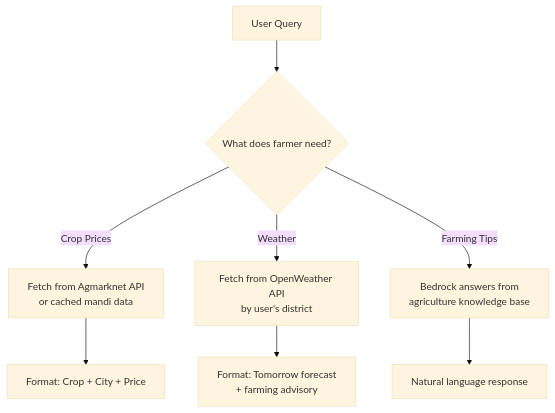
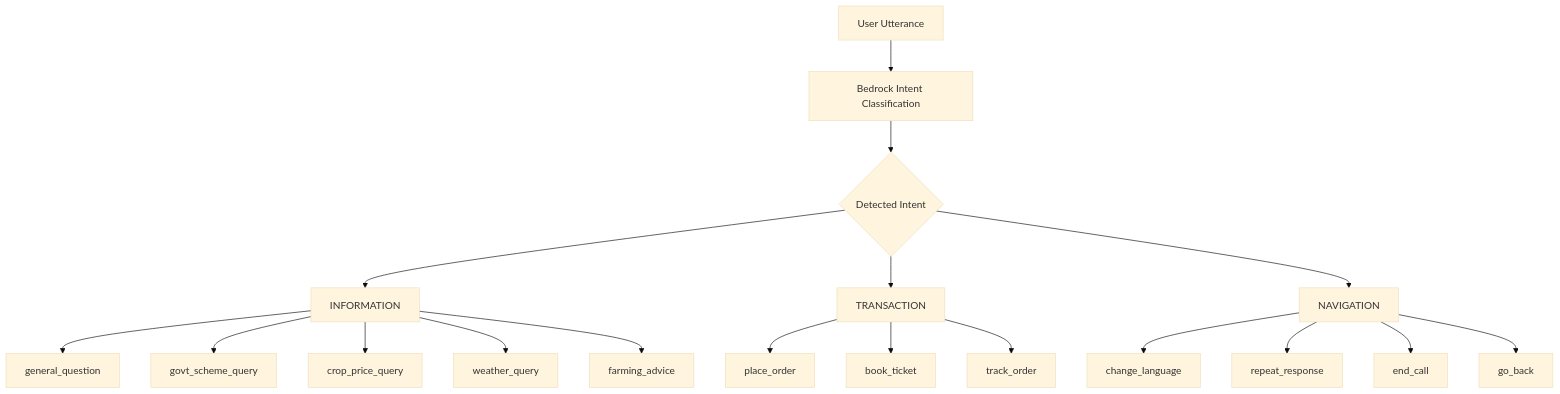
One commit to piyush-lingwal/BharatVani changed the fifth of 10 diagrams in README.md. Above: the diagram before and after it, drawn with Mermaid (base theme). The commit also changed other lines of this file, not shown here.

````diff
--- a/README.md
+++ b/README.md
@@ -266,10 +229,23 @@
 ```mermaid
 graph TD
-    A["User Query"] --> B{"What does farmer need?"}
-    B -->|"Crop Prices"| C["Fetch from Agmarknet API<br/>or cached mandi data"]
-    B -->|"Weather"| D["Fetch from OpenWeather API<br/>by user's district"]
-    B -->|"Farming Tips"| E["Bedrock answers from<br/>agriculture knowledge base"]
-    C --> F["Format: Crop + City + Price"]
-    D --> G["Format: Tomorrow forecast<br/>+ farming advisory"]
-    E --> H["Natural language response"]
+    A["User Utterance"] --> B["Bedrock Intent Classification"]
+    B --> C{"Detected Intent"}
+    C --> D["INFORMATION"]
+    C --> E["TRANSACTION"]
+    C --> F["NAVIGATION"]
+    
+    D --> D1["general_question"]
+    D --> D2["govt_scheme_query"]
+    D --> D3["crop_price_query"]
+    D --> D4["weather_query"]
+    D --> D5["farming_advice"]
+    
+    E --> E1["place_order"]
+    E --> E2["book_ticket"]
+    E --> E3["track_order"]
+    
+    F --> F1["change_language"]
+    F --> F2["repeat_response"]
+    F --> F3["end_call"]
+    F --> F4["go_back"]
 ```
````
